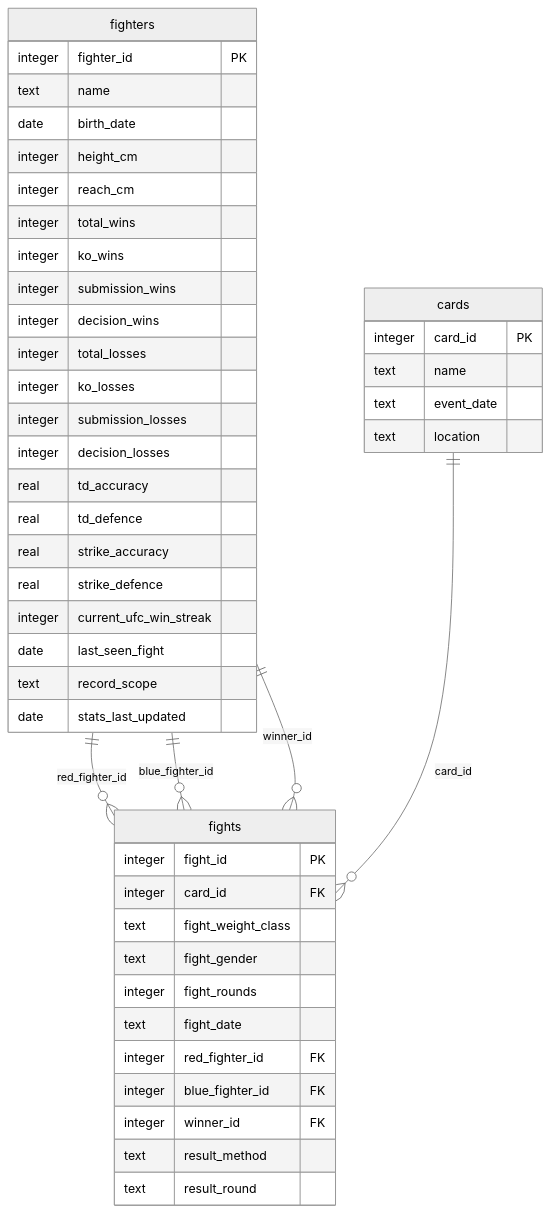
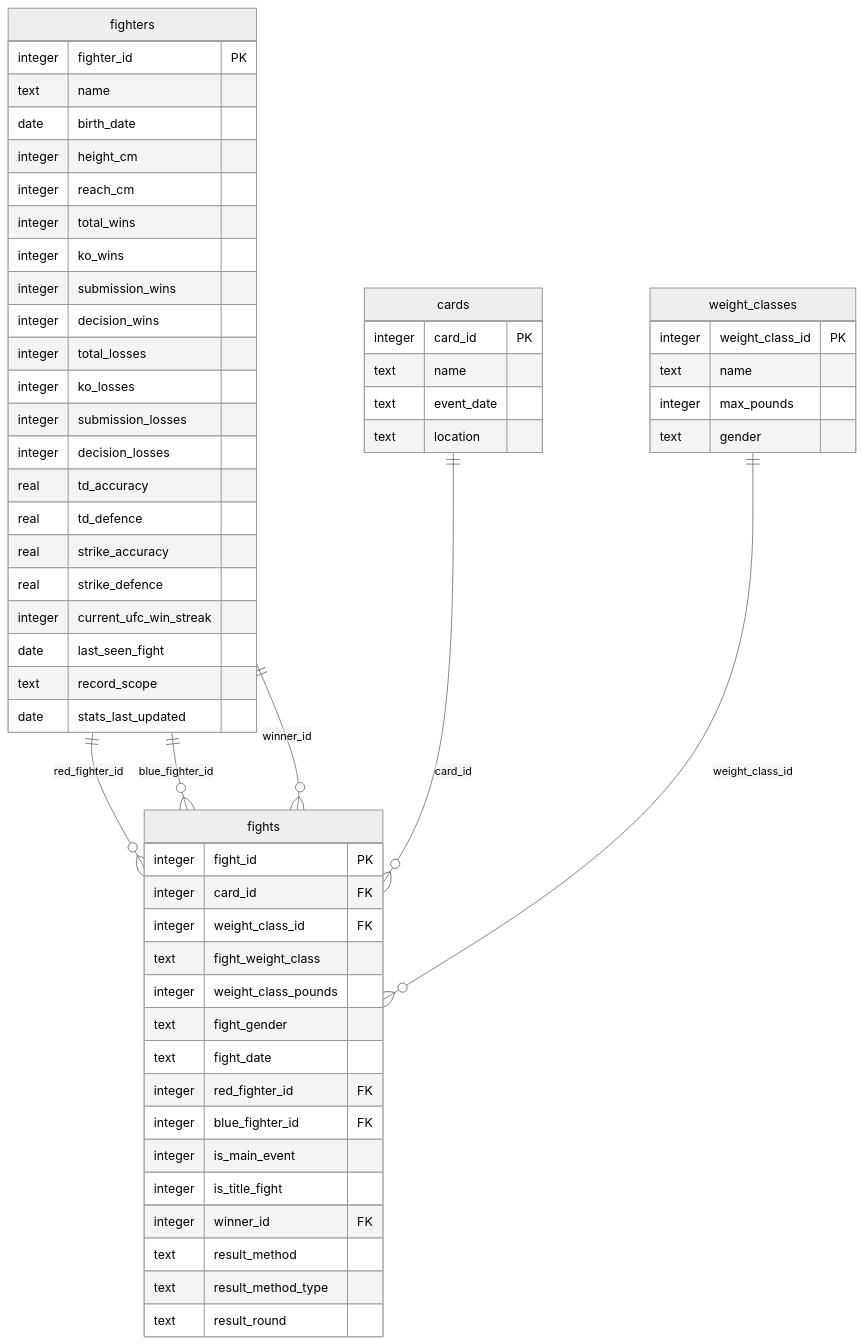
The diagram in services/fight-predictor-api/README.md (waltwengert/ww-web-apps), drawn with Mermaid (neutral theme) before and after one commit. The commit also changed 7 other files, not shown here.

````diff
--- a/services/fight-predictor-api/README.md
+++ b/services/fight-predictor-api/README.md
@@ -13,52 +13,64 @@
 ```mermaid
 erDiagram
     fighters ||--o{ fights : "red_fighter_id"
     fighters ||--o{ fights : "blue_fighter_id"
     fighters ||--o{ fights : "winner_id"
     cards ||--o{ fights : "card_id"
+    weight_classes ||--o{ fights : "weight_class_id"
 
     fighters {
         integer fighter_id PK
         text name
         date birth_date
         integer height_cm
         integer reach_cm
         integer total_wins
         integer ko_wins
         integer submission_wins
         integer decision_wins
         integer total_losses
         integer ko_losses
         integer submission_losses
         integer decision_losses
         real td_accuracy
         real td_defence
         real strike_accuracy
         real strike_defence
         integer current_ufc_win_streak
         date last_seen_fight
         text record_scope
         date stats_last_updated
     }
 
     cards {
         integer card_id PK
         text name
         text event_date
         text location
     }
 
+    weight_classes {
+        integer weight_class_id PK
+        text name
+        integer max_pounds
+        text gender
+    }
+
     fights {
         integer fight_id PK
         integer card_id FK
+        integer weight_class_id FK
         text fight_weight_class
+        integer weight_class_pounds
         text fight_gender
-        integer fight_rounds
         text fight_date
         integer red_fighter_id FK
         integer blue_fighter_id FK
+        integer is_main_event
+        integer is_title_fight
         integer winner_id FK
         text result_method
+        text result_method_type
         text result_round
     }
 ```
````
